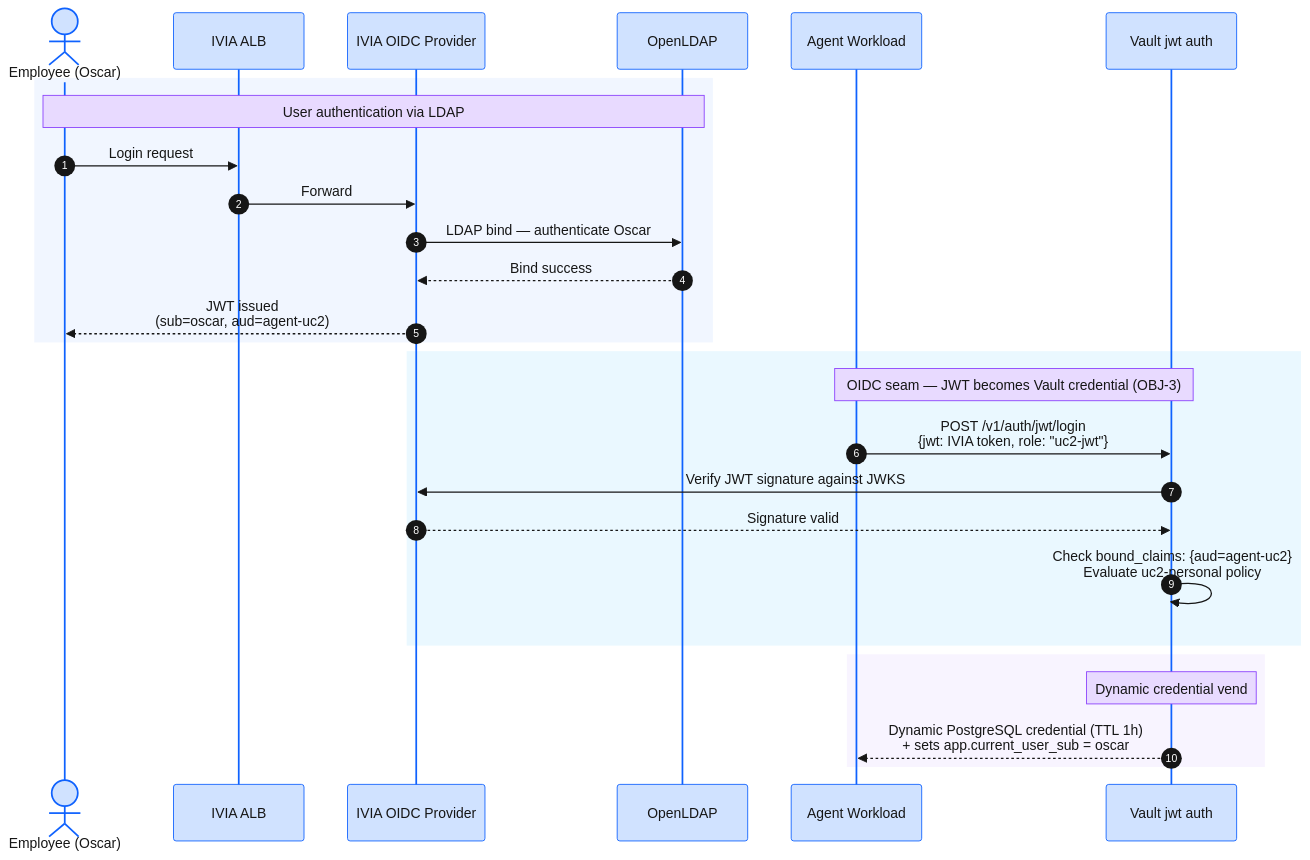
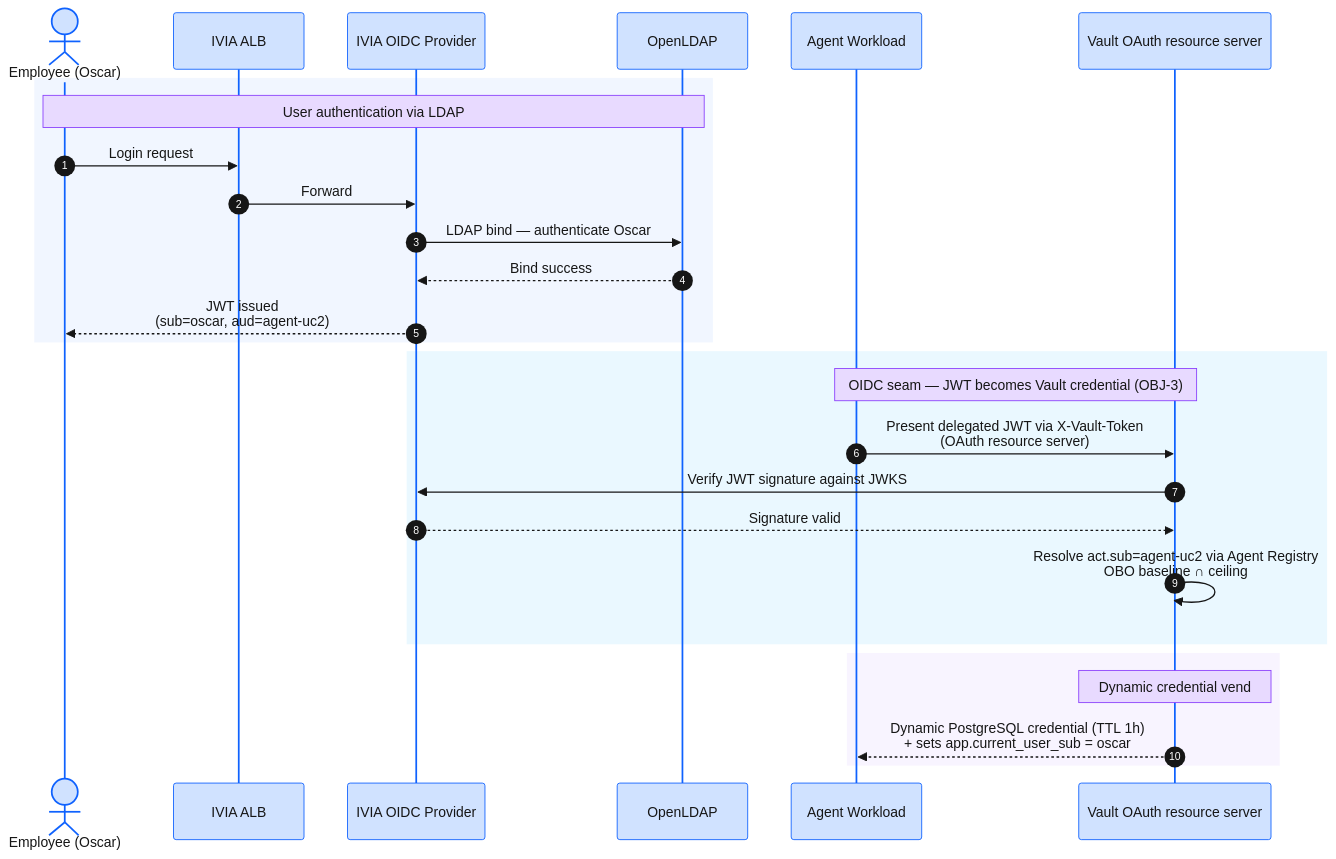
One commit to aws-samples/sample-agentic-runtime-security-on-aws-with-vault changed the diagram in workshop/content/30-deploy-foundation/37-oidc-seam/index.en.md. Above: the diagram before and after it, drawn with Mermaid. The commit also changed other lines of this file and 16 other files, not shown here.

````diff
--- a/workshop/content/30-deploy-foundation/37-oidc-seam/index.en.md
+++ b/workshop/content/30-deploy-foundation/37-oidc-seam/index.en.md
@@ -10,55 +10,55 @@
 ```mermaid
 %%{init: {'theme': 'base', 'themeVariables': {
   'primaryColor': '#d0e2ff',
   'primaryTextColor': '#161616',
   'primaryBorderColor': '#0f62fe',
   'lineColor': '#0f62fe',
   'secondaryColor': '#bae6ff',
   'tertiaryColor': '#f4f4f4',
   'noteBkgColor': '#e8daff',
   'noteTextColor': '#161616',
   'noteBorderColor': '#8a3ffc',
   'actorBkg': '#d0e2ff',
   'actorBorder': '#0f62fe',
   'actorTextColor': '#161616',
   'signalColor': '#161616',
   'signalTextColor': '#161616',
   'labelBoxBkgColor': '#d0e2ff',
   'labelBoxBorderColor': '#0f62fe',
   'labelTextColor': '#161616',
   'loopTextColor': '#161616',
   'activationBorderColor': '#0f62fe',
   'activationBkgColor': '#edf5ff',
   'sequenceNumberColor': '#ffffff'
 }}}%%
 sequenceDiagram
     autonumber
     actor Oscar as Employee (Oscar)
     participant ALB as IVIA ALB
     participant IVIA as IVIA OIDC Provider
     participant LDAP as OpenLDAP
     participant Agent as Agent Workload
-    participant Vault as Vault jwt auth
+    participant Vault as Vault OAuth resource server
 
     rect rgba(208, 226, 255, 0.3)
     Note over Oscar,LDAP: User authentication via LDAP
     Oscar->>ALB: Login request
     ALB->>IVIA: Forward
     IVIA->>LDAP: LDAP bind — authenticate Oscar
     LDAP-->>IVIA: Bind success
     IVIA-->>Oscar: JWT issued<br/>(sub=oscar, aud=agent-uc2)
     end
 
     rect rgba(186, 230, 255, 0.3)
     Note over Agent,Vault: OIDC seam — JWT becomes Vault credential (OBJ-3)
-    Agent->>Vault: POST /v1/auth/jwt/login<br/>{jwt: IVIA token, role: "uc2-jwt"}
+    Agent->>Vault: Present delegated JWT via X-Vault-Token<br/>(OAuth resource server)
     Vault->>IVIA: Verify JWT signature against JWKS
     IVIA-->>Vault: Signature valid
-    Vault->>Vault: Check bound_claims: {aud=agent-uc2}<br/>Evaluate uc2-personal policy
+    Vault->>Vault: Resolve act.sub=agent-uc2 via Agent Registry<br/>OBO baseline ∩ ceiling
     end
 
     rect rgba(232, 218, 255, 0.3)
     Note over Vault,Vault: Dynamic credential vend
     Vault-->>Agent: Dynamic PostgreSQL credential (TTL 1h)<br/>+ sets app.current_user_sub = oscar
     end
 ```
````
